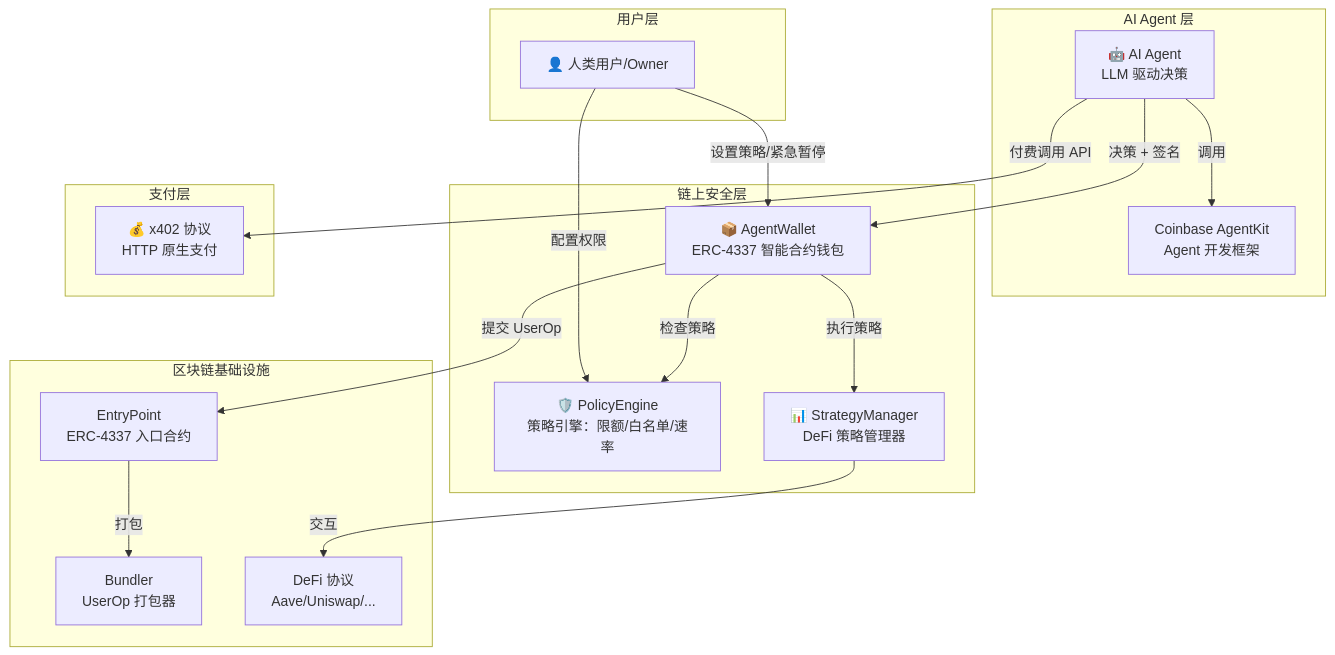
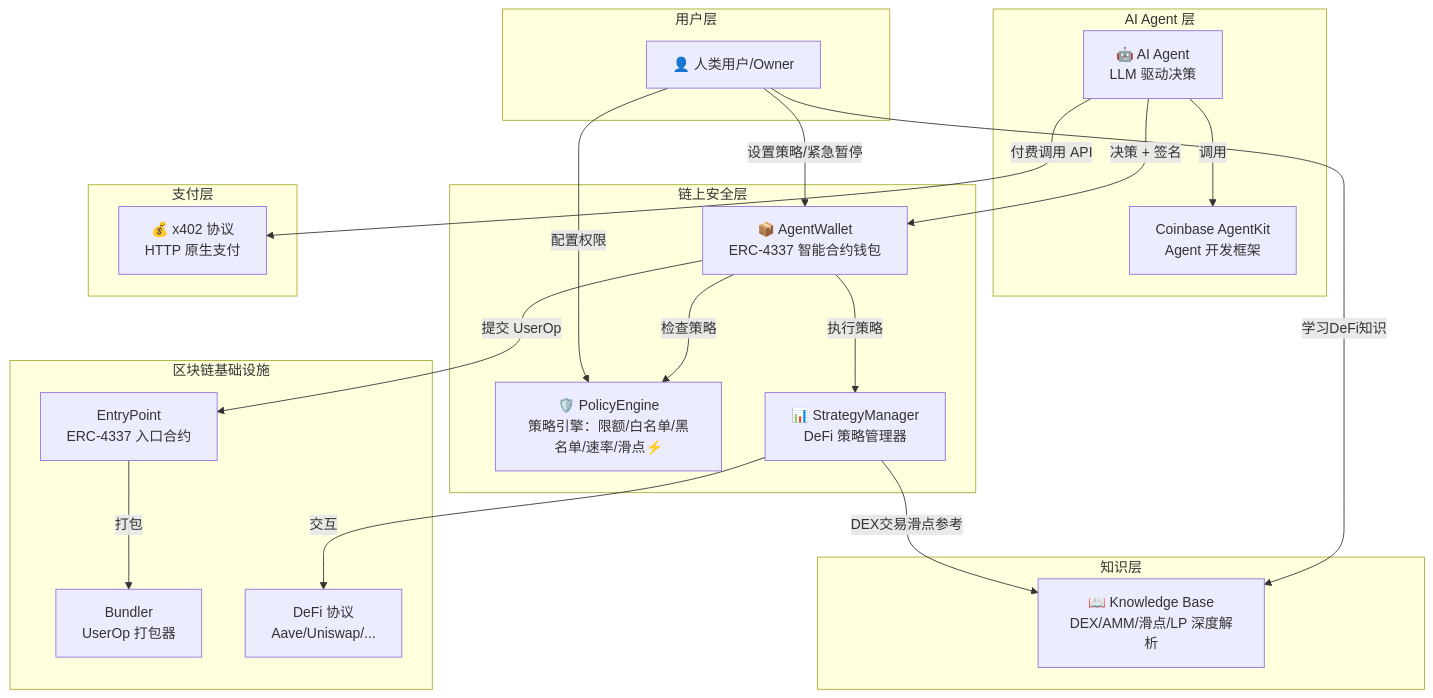
The first of 2 diagrams in README.md (jackz-jones/ai-agent-wallet), drawn with Mermaid before and after one commit. The commit also changed other lines of this file, not shown here.

````diff
--- a/README.md
+++ b/README.md
@@ -13,38 +13,44 @@
 ```mermaid
 graph TB
     subgraph 用户层
         User[👤 人类用户/Owner]
     end
 
     subgraph AI Agent 层
         Agent[🤖 AI Agent<br/>LLM 驱动决策]
         AgentKit[Coinbase AgentKit<br/>Agent 开发框架]
     end
 
     subgraph 链上安全层
         Wallet[📦 AgentWallet<br/>ERC-4337 智能合约钱包]
-        Policy[🛡️ PolicyEngine<br/>策略引擎：限额/白名单/速率]
+        Policy[🛡️ PolicyEngine<br/>策略引擎：限额/白名单/黑名单/速率/滑点⚡]
         Strategy[📊 StrategyManager<br/>DeFi 策略管理器]
     end
 
     subgraph 区块链基础设施
         EntryPoint[EntryPoint<br/>ERC-4337 入口合约]
         Bundler[Bundler<br/>UserOp 打包器]
         DeFi[DeFi 协议<br/>Aave/Uniswap/...]
     end
 
     subgraph 支付层
         x402[💰 x402 协议<br/>HTTP 原生支付]
     end
 
+    subgraph 知识层
+        Knowledge[📖 Knowledge Base<br/>DEX/AMM/滑点/LP 深度解析]
+    end
+
     User -->|设置策略/紧急暂停| Wallet
     User -->|配置权限| Policy
     Agent -->|决策 + 签名| Wallet
     Agent -->|调用| AgentKit
     Agent -->|付费调用 API| x402
     Wallet -->|检查策略| Policy
     Wallet -->|执行策略| Strategy
     Wallet -->|提交 UserOp| EntryPoint
     EntryPoint -->|打包| Bundler
     Strategy -->|交互| DeFi
+    Strategy -->|DEX交易滑点参考| Knowledge
+    User -->|学习DeFi知识| Knowledge
 ```
````
